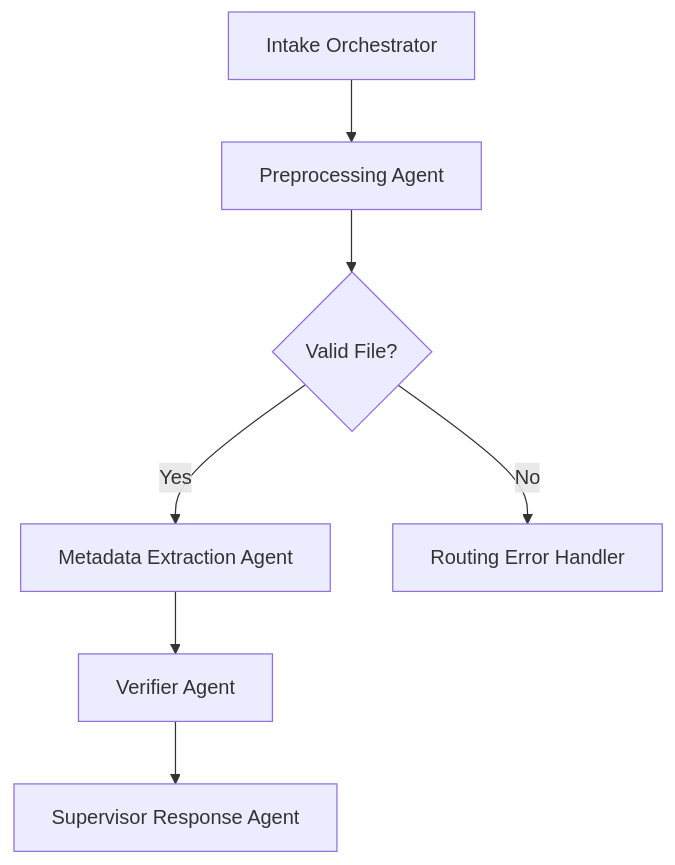
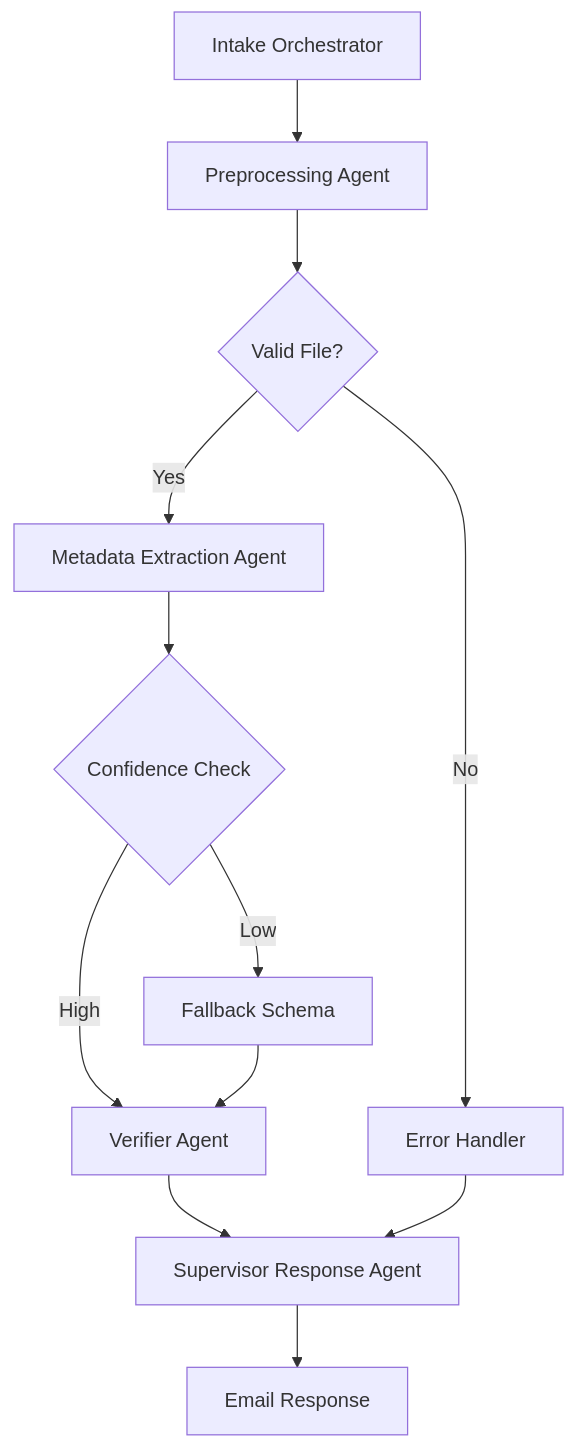
Before and after one commit to mpbrigham/materials-archive-extraction: the diagram in V2_Modular_Expansion/README.md, drawn with Mermaid. The commit also changed other lines of this file and 9 other files, not shown here.

````diff
--- a/V2_Modular_Expansion/README.md
+++ b/V2_Modular_Expansion/README.md
@@ -7,9 +7,14 @@
 ```mermaid
 flowchart TD
     A[Intake Orchestrator] --> B[Preprocessing Agent]
     B --> C{Valid File?}
     C -->|Yes| D[Metadata Extraction Agent]
-    C -->|No| E[Routing Error Handler]
-    D --> F[Verifier Agent]
-    F --> G[Supervisor Response Agent]
+    C -->|No| E[Error Handler]
+    D --> F{Confidence Check}
+    F -->|High| G[Verifier Agent]
+    F -->|Low| H[Fallback Schema]
+    H --> G
+    G --> I[Supervisor Response Agent]
+    I --> J[Email Response]
+    E --> I
 ```
````
